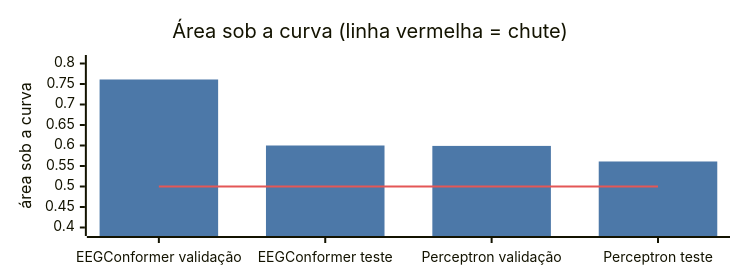
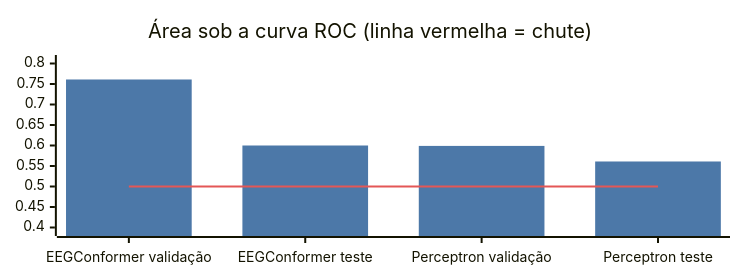
The fifth of 8 diagrams in README.md (kafb04/data-engineering-multimodal-ai), drawn with Mermaid before and after one commit. The commit also changed other lines of this file and 7 other files, not shown here.

````diff
--- a/README.md
+++ b/README.md
@@ -131,17 +147,17 @@
 ```mermaid
 ---
 config:
   xyChart:
     width: 720
     height: 260
   themeVariables:
     xyChart:
       plotColorPalette: "#4C78A8, #E45756"
 ---
 xychart-beta
-    title "Área sob a curva (linha vermelha = chute)"
+    title "Área sob a curva ROC (linha vermelha = chute)"
     x-axis ["EEGConformer validação", "EEGConformer teste", "Perceptron validação", "Perceptron teste"]
-    y-axis "área sob a curva" 0.4 --> 0.8
+    y-axis 0.4 --> 0.8
     bar [0.761, 0.600, 0.599, 0.561]
     line [0.5, 0.5, 0.5, 0.5]
 ```
````
